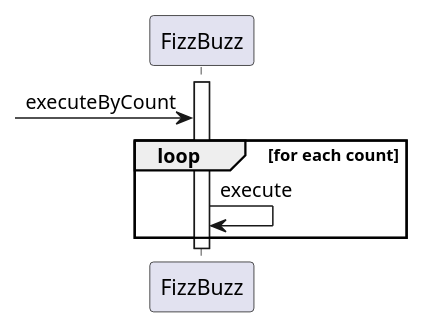
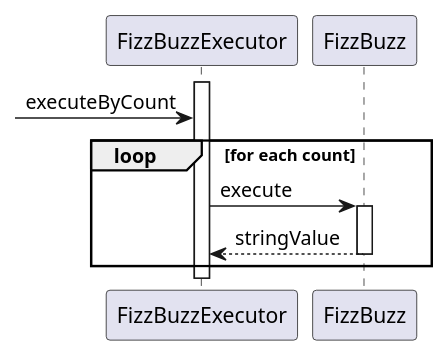
The second of 2 diagrams in docs/src/fizzbuzz.md (k2works/etude_for_java), drawn with PlantUML before and after one commit. The commit also changed other lines of this file and 5 other files, not shown here.

First line of the commit message:
FizzBuzz #EFJ-8

````diff
--- a/docs/src/fizzbuzz.md
+++ b/docs/src/fizzbuzz.md
@@ -40,10 +45,13 @@
 ```puml
 @startuml
-   activate FizzBuzz
-   -> FizzBuzz :executeByCount
+   activate FizzBuzzExecutor
+   -> FizzBuzzExecutor :executeByCount
    loop for each count
-      FizzBuzz -> FizzBuzz :execute
+      FizzBuzzExecutor -> FizzBuzz :execute
+      activate FizzBuzz
+        FizzBuzzExecutor <-- FizzBuzz :stringValue
+      deactivate FizzBuzz
    end
    deactivate FizzBuzz
 @enduml
 ```
````
